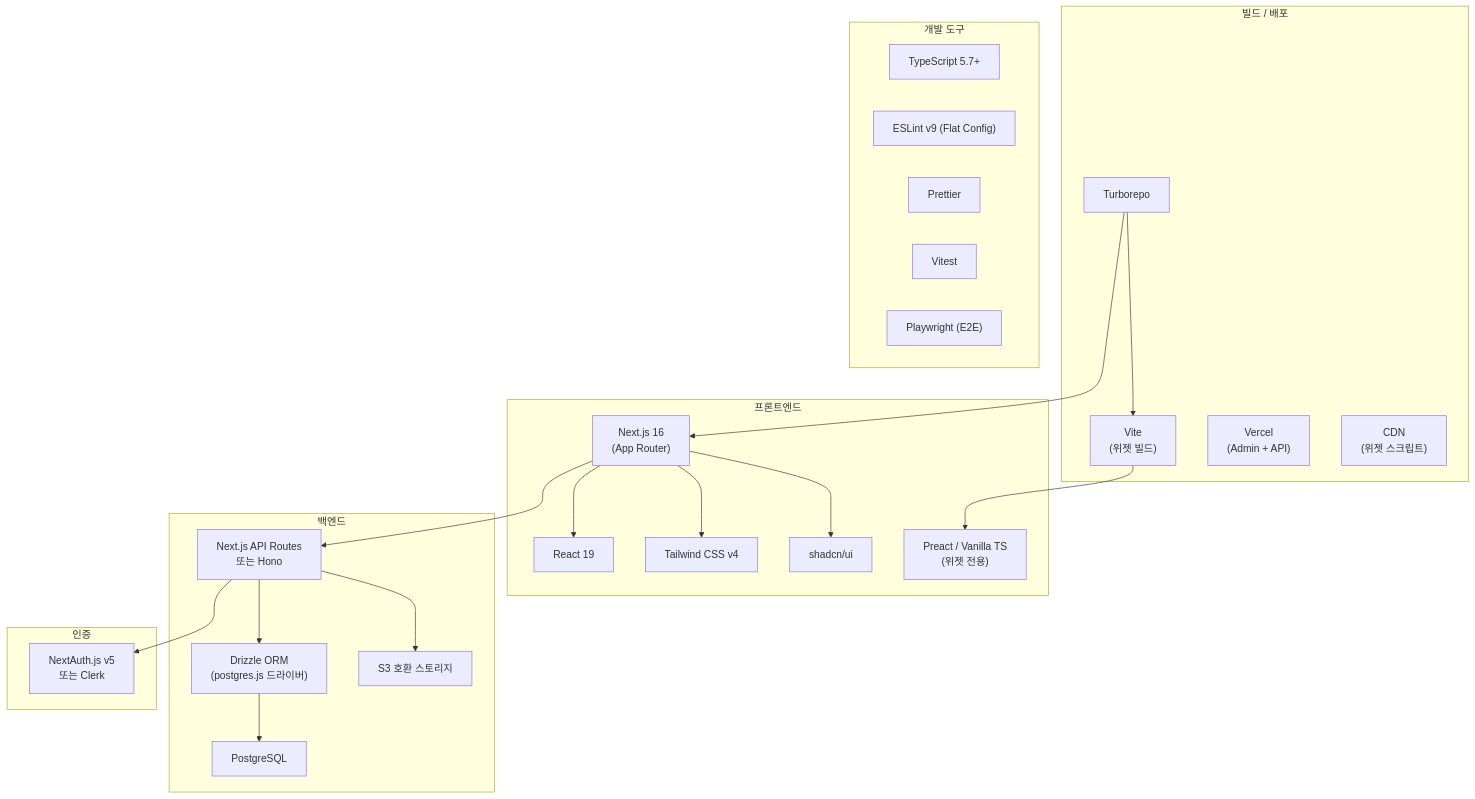
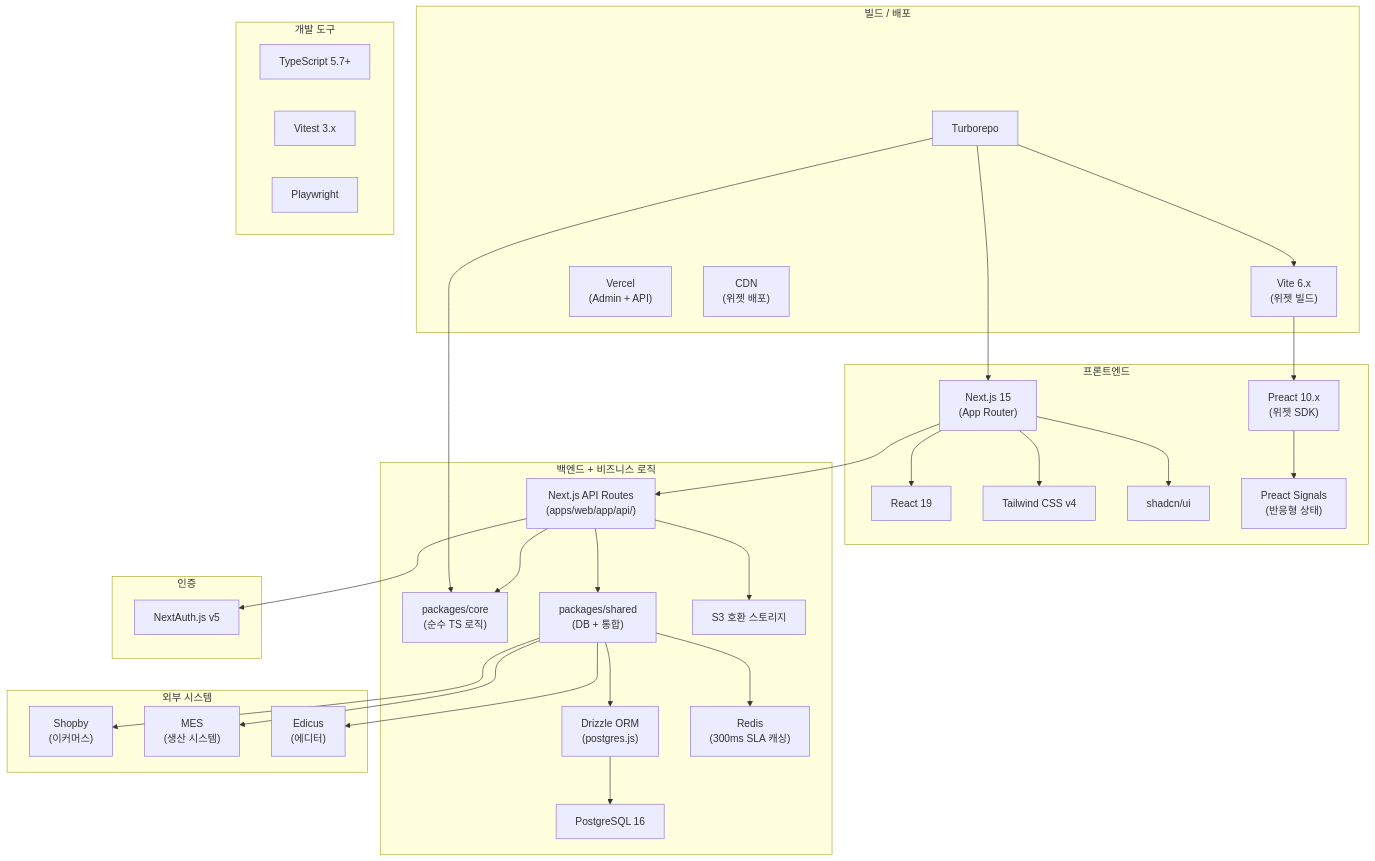
The diagram in .moai/project/tech.md (skeeper75/widget.creator), drawn with Mermaid before and after one commit. The commit also changed other lines of this file and 1535 other files, not shown here.

````diff
--- a/.moai/project/tech.md
+++ b/.moai/project/tech.md
@@ -5,48 +5,64 @@
 ```mermaid
 graph TB
     subgraph "프론트엔드"
-        NEXTJS["Next.js 16<br/>(App Router)"]
+        NEXTJS["Next.js 15<br/>(App Router)"]
         REACT["React 19"]
         TAILWIND["Tailwind CSS v4"]
         SHADCN["shadcn/ui"]
-        PREACT["Preact / Vanilla TS<br/>(위젯 전용)"]
+        PREACT["Preact 10.x<br/>(위젯 SDK)"]
+        SIGNALS["Preact Signals<br/>(반응형 상태)"]
     end
 
-    subgraph "백엔드"
-        API_ROUTES["Next.js API Routes<br/>또는 Hono"]
-        DRIZZLE["Drizzle ORM<br/>(postgres.js 드라이버)"]
-        POSTGRES["PostgreSQL"]
+    subgraph "백엔드 + 비즈니스 로직"
+        API_ROUTES["Next.js API Routes<br/>(apps/web/app/api/)"]
+        CORE["packages/core<br/>(순수 TS 로직)"]
+        SHARED["packages/shared<br/>(DB + 통합)"]
+        DRIZZLE["Drizzle ORM<br/>(postgres.js)"]
+        POSTGRES["PostgreSQL 16"]
         S3_STORAGE["S3 호환 스토리지"]
+        REDIS["Redis<br/>(300ms SLA 캐싱)"]
+    end
+
+    subgraph "외부 시스템"
+        SHOPBY["Shopby<br/>(이커머스)"]
+        MES["MES<br/>(생산 시스템)"]
+        EDICUS["Edicus<br/>(에디터)"]
     end
 
     subgraph "인증"
-        NEXTAUTH["NextAuth.js v5<br/>또는 Clerk"]
+        NEXTAUTH["NextAuth.js v5"]
     end
 
     subgraph "빌드 / 배포"
         TURBOREPO["Turborepo"]
-        VITE["Vite<br/>(위젯 빌드)"]
+        VITE["Vite 6.x<br/>(위젯 빌드)"]
         VERCEL["Vercel<br/>(Admin + API)"]
-        CDN["CDN<br/>(위젯 스크립트)"]
+        CDN["CDN<br/>(위젯 배포)"]
     end
 
     subgraph "개발 도구"
         TS["TypeScript 5.7+"]
-        ESLINT["ESLint v9 (Flat Config)"]
-        PRETTIER["Prettier"]
-        VITEST["Vitest"]
-        PLAYWRIGHT["Playwright (E2E)"]
+        VITEST["Vitest 3.x"]
+        PLAYWRIGHT["Playwright"]
     end
 
     NEXTJS --> REACT
     NEXTJS --> TAILWIND
     NEXTJS --> SHADCN
     NEXTJS --> API_ROUTES
-    API_ROUTES --> DRIZZLE
+    API_ROUTES --> CORE
+    API_ROUTES --> SHARED
+    SHARED --> DRIZZLE
     DRIZZLE --> POSTGRES
+    SHARED --> REDIS
     API_ROUTES --> S3_STORAGE
     API_ROUTES --> NEXTAUTH
+    SHARED --> SHOPBY
+    SHARED --> MES
+    SHARED --> EDICUS
+    PREACT --> SIGNALS
     TURBOREPO --> NEXTJS
     TURBOREPO --> VITE
+    TURBOREPO --> CORE
     VITE --> PREACT
 ```
````
